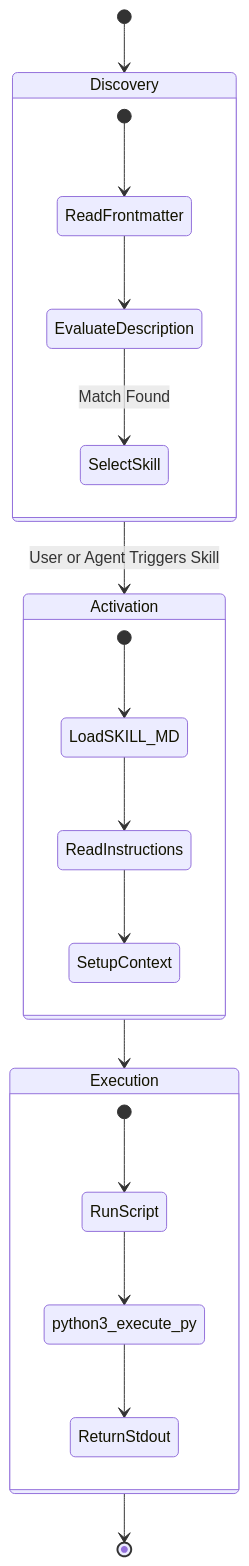
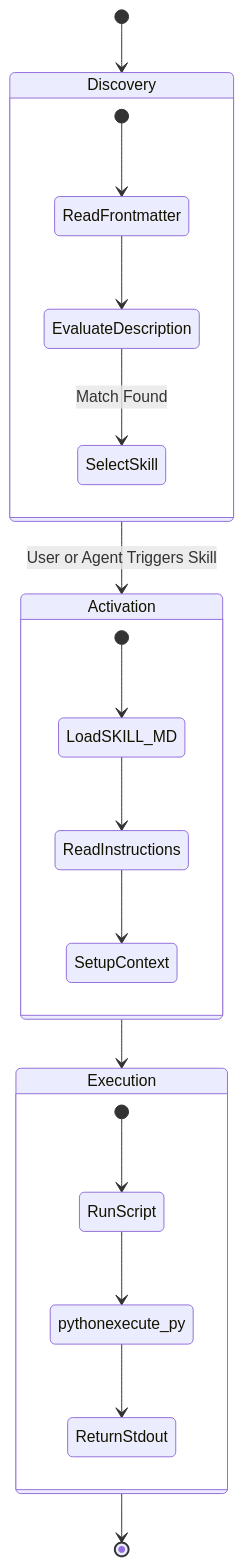
One commit to richfrem/InvestmentToolkit changed the diagram in .agents/skills/ecosystem-authoritative-sources/references/diagrams/skill-execution-flow.mmd. Above: the diagram before and after it, drawn with Mermaid. The commit also changed 423 other files, not shown here.

```diff
--- a/.agents/skills/ecosystem-authoritative-sources/references/diagrams/skill-execution-flow.mmd
+++ b/.agents/skills/ecosystem-authoritative-sources/references/diagrams/skill-execution-flow.mmd
@@ -1,26 +1,26 @@
 stateDiagram-v2
     [*] --> Discovery
     
     state Discovery {
         [*] --> ReadFrontmatter
         ReadFrontmatter --> EvaluateDescription
         EvaluateDescription --> SelectSkill : Match Found
     }
     
     Discovery --> Activation : User or Agent Triggers Skill
     
     state Activation {
         [*] --> LoadSKILL_MD
         LoadSKILL_MD --> ReadInstructions
         ReadInstructions --> SetupContext
     }
     
     Activation --> Execution
     
     state Execution {
         [*] --> RunScript
-        RunScript --> python3_execute_py
-        python3_execute_py --> ReturnStdout
+        RunScript --> pythonexecute_py
+        pythonexecute_py --> ReturnStdout
     }
     
     Execution --> [*]
```
